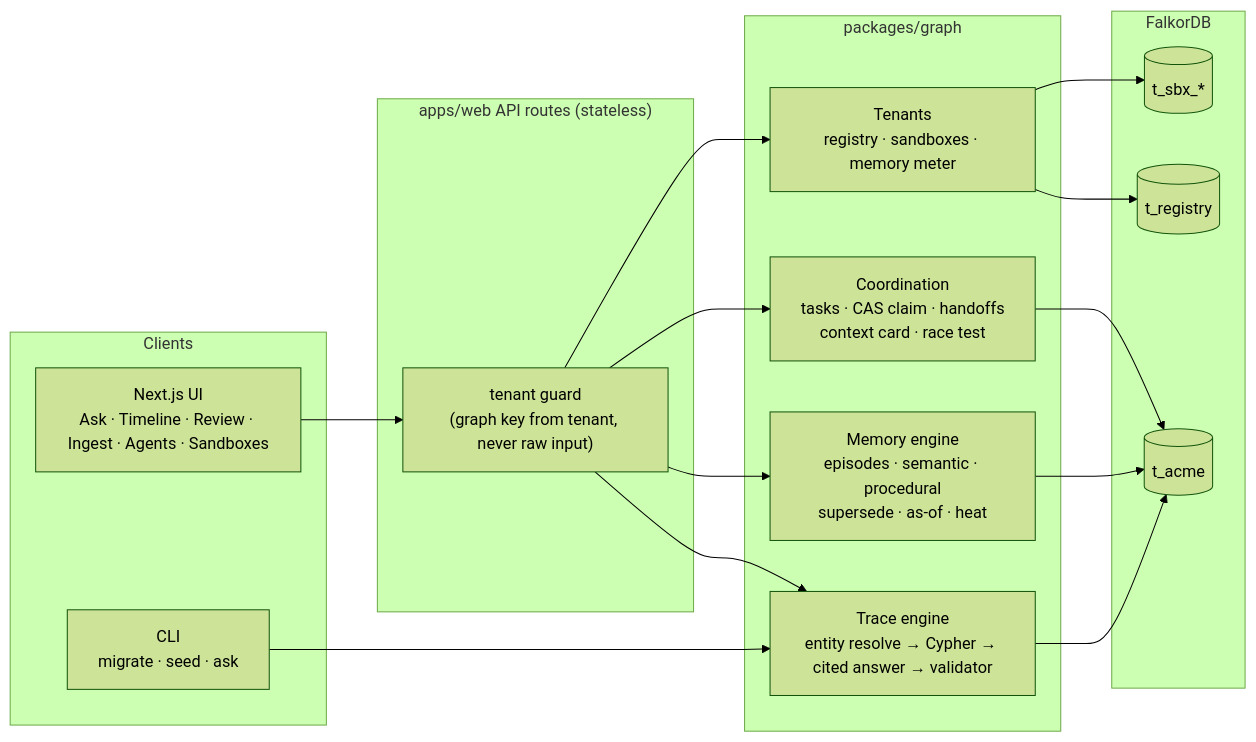
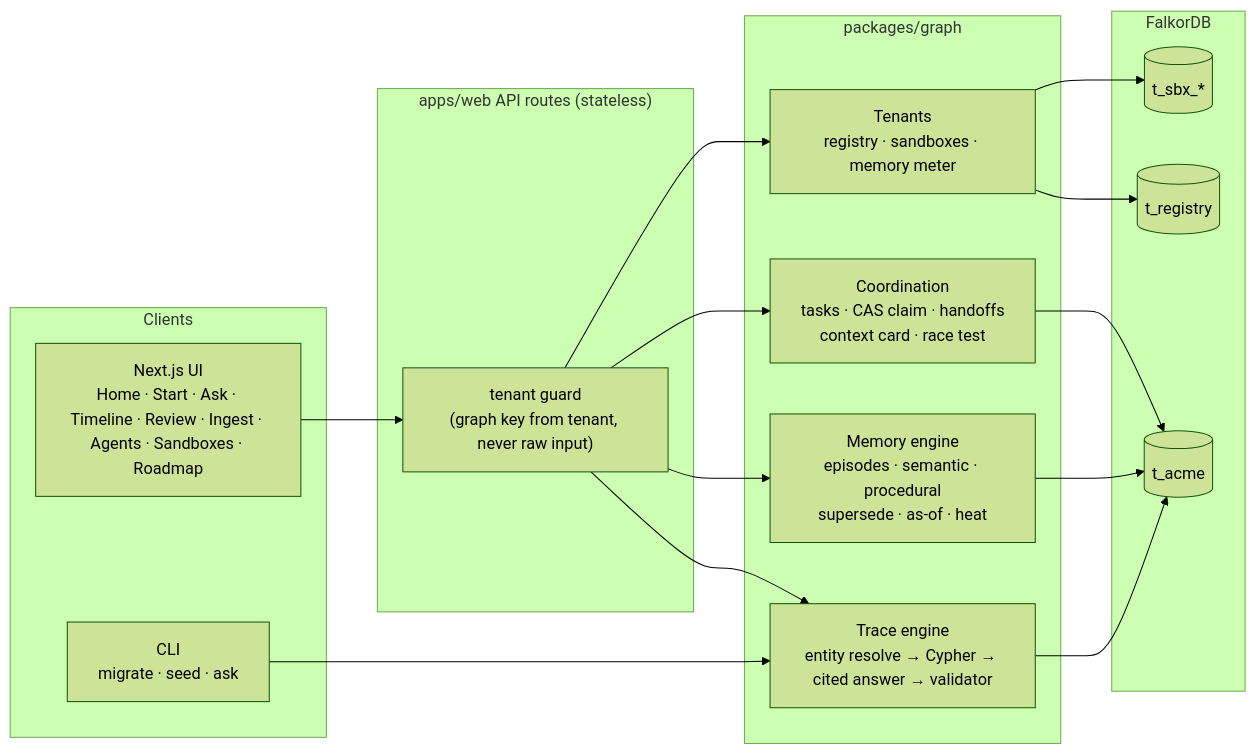
One commit to ashishpatill/crewbrain changed the first of 2 diagrams in README.md. Above: the diagram before and after it, drawn with Mermaid (forest theme). The commit also changed other lines of this file, not shown here.

````diff
--- a/README.md
+++ b/README.md
@@ -39,25 +46,25 @@
 ```mermaid
 flowchart LR
   subgraph Clients
-    UI["Next.js UI<br/>Ask · Timeline · Review · Ingest · Agents · Sandboxes"]
+    UI["Next.js UI<br/>Home · Start · Ask · Timeline · Review · Ingest · Agents · Sandboxes · Roadmap"]
     CLI["CLI<br/>migrate · seed · ask"]
   end
   subgraph App["apps/web API routes (stateless)"]
     API["tenant guard<br/>(graph key from tenant, never raw input)"]
   end
   subgraph Engine["packages/graph"]
     TRACE["Trace engine<br/>entity resolve → Cypher → cited answer → validator"]
     MEM["Memory engine<br/>episodes · semantic · procedural<br/>supersede · as-of · heat"]
     COORD["Coordination<br/>tasks · CAS claim · handoffs<br/>context card · race test"]
     SBX["Tenants<br/>registry · sandboxes · memory meter"]
   end
   subgraph FalkorDB
     REG[("t_registry")]
     ACME[("t_acme")]
     SB[("t_sbx_*")]
   end
   UI --> API --> TRACE & MEM & COORD & SBX
   CLI --> TRACE
   TRACE & MEM & COORD --> ACME
   SBX --> REG & SB
 ```
````
